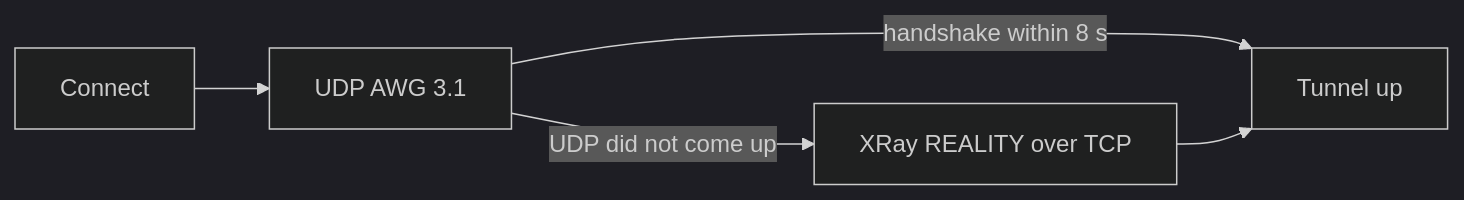
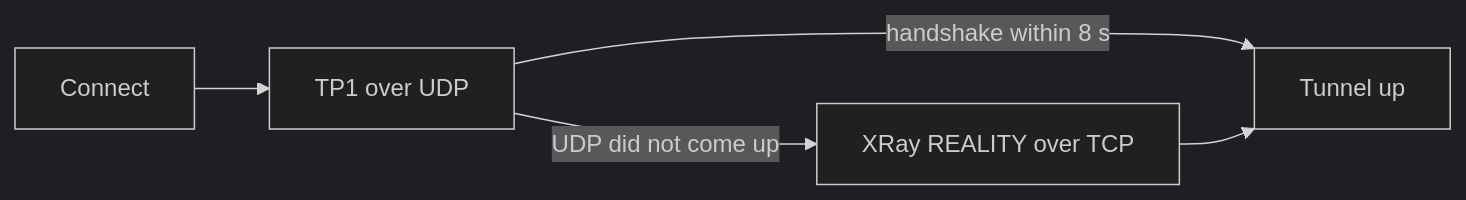
One commit to SystemOfExploit/Traceless-VPN changed the diagram in README.md. Above: the diagram before and after it, drawn with Mermaid (dark theme). The commit also changed other lines of this file and 7 other files, not shown here.

````diff
--- a/README.md
+++ b/README.md
@@ -34,7 +34,7 @@
 ```mermaid
 flowchart LR
-  click[Connect] --> udp[UDP AWG 3.1]
+  click[Connect] --> udp[TP1 over UDP]
   udp -->|handshake within 8 s| up[Tunnel up]
   udp -->|UDP did not come up| reality[XRay REALITY over TCP]
   reality --> up
 ```
````
